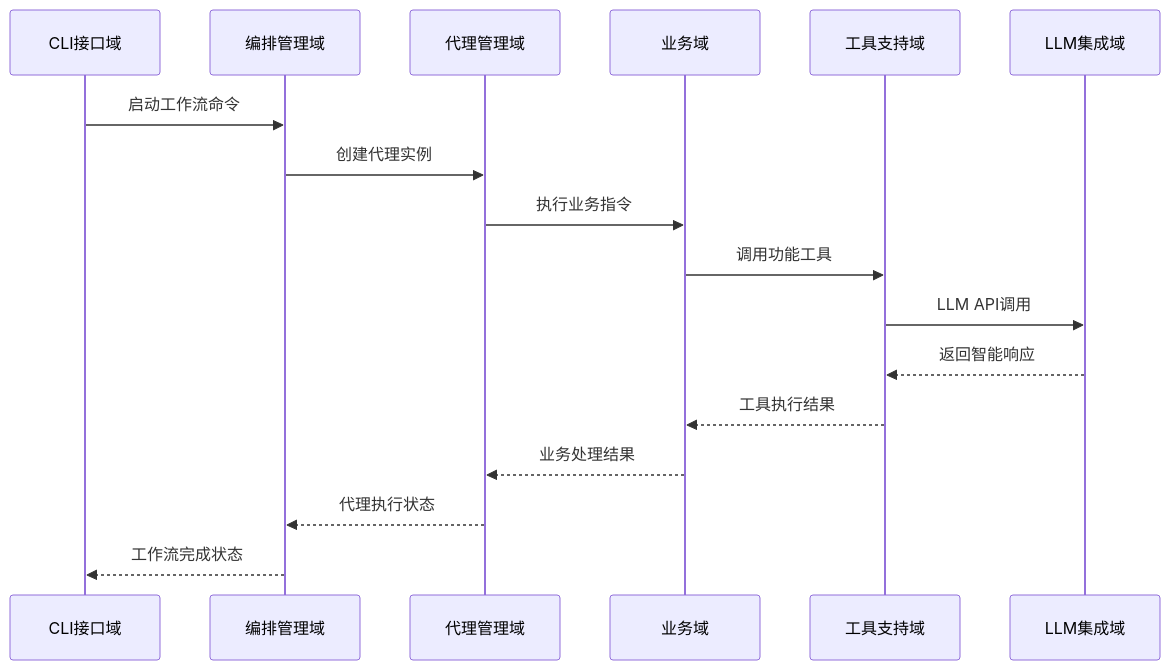
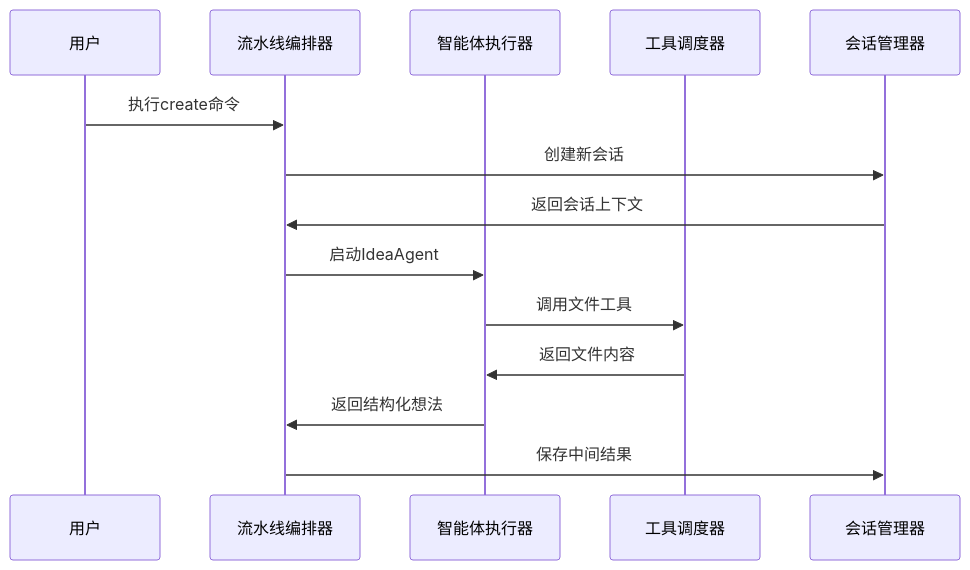
The sixth of 11 diagrams in litho.docs/zh/2、架构概览.md (sopaco/cowork-forge), drawn with Mermaid before and after one commit. The commit also changed other lines of this file and 34 other files, not shown here.

````diff
--- a/litho.docs/zh/2、架构概览.md
+++ b/litho.docs/zh/2、架构概览.md
@@ -163,20 +307,17 @@
 ```mermaid
 sequenceDiagram
-    participant CLI as CLI接口域
-    participant ORCH as 编排管理域
-    participant AGENT as 代理管理域
-    participant DOMAIN as 业务域
-    participant TOOLS as 工具支持域
-    participant LLM as LLM集成域
+    participant U as 用户
+    participant P as 流水线编排器
+    participant A as 智能体执行器
+    participant T as 工具调度器
+    participant S as 会话管理器
     
-    CLI->>ORCH: 启动工作流命令
-    ORCH->>AGENT: 创建代理实例
-    AGENT->>DOMAIN: 执行业务指令
-    DOMAIN->>TOOLS: 调用功能工具
-    TOOLS->>LLM: LLM API调用
-    LLM-->>TOOLS: 返回智能响应
-    TOOLS-->>DOMAIN: 工具执行结果
-    DOMAIN-->>AGENT: 业务处理结果
-    AGENT-->>ORCH: 代理执行状态
-    ORCH-->>CLI: 工作流完成状态
+    U->>P: 执行create命令
+    P->>S: 创建新会话
+    S->>P: 返回会话上下文
+    P->>A: 启动IdeaAgent
+    A->>T: 调用文件工具
+    T->>A: 返回文件内容
+    A->>P: 返回结构化想法
+    P->>S: 保存中间结果
 ```
````
